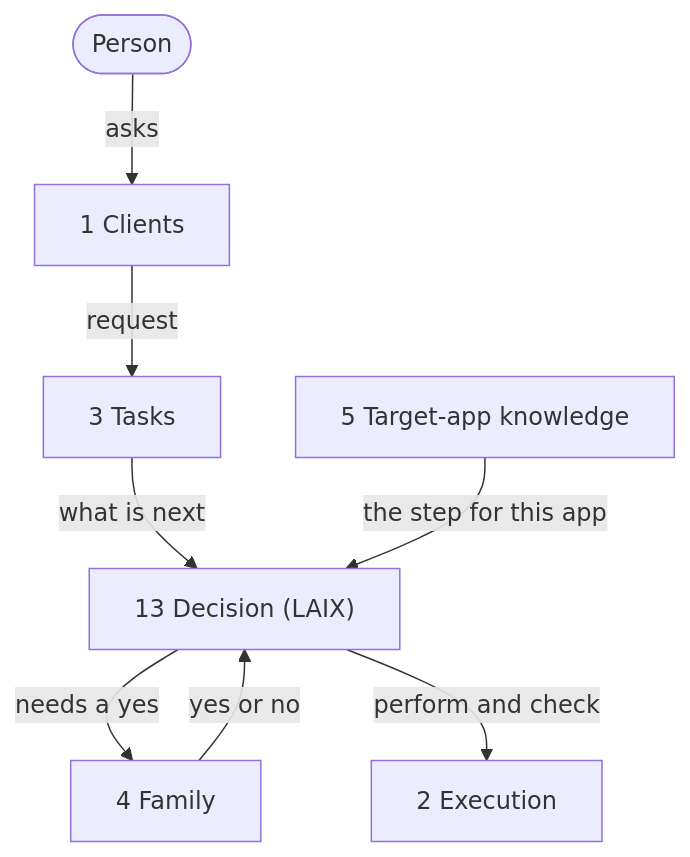
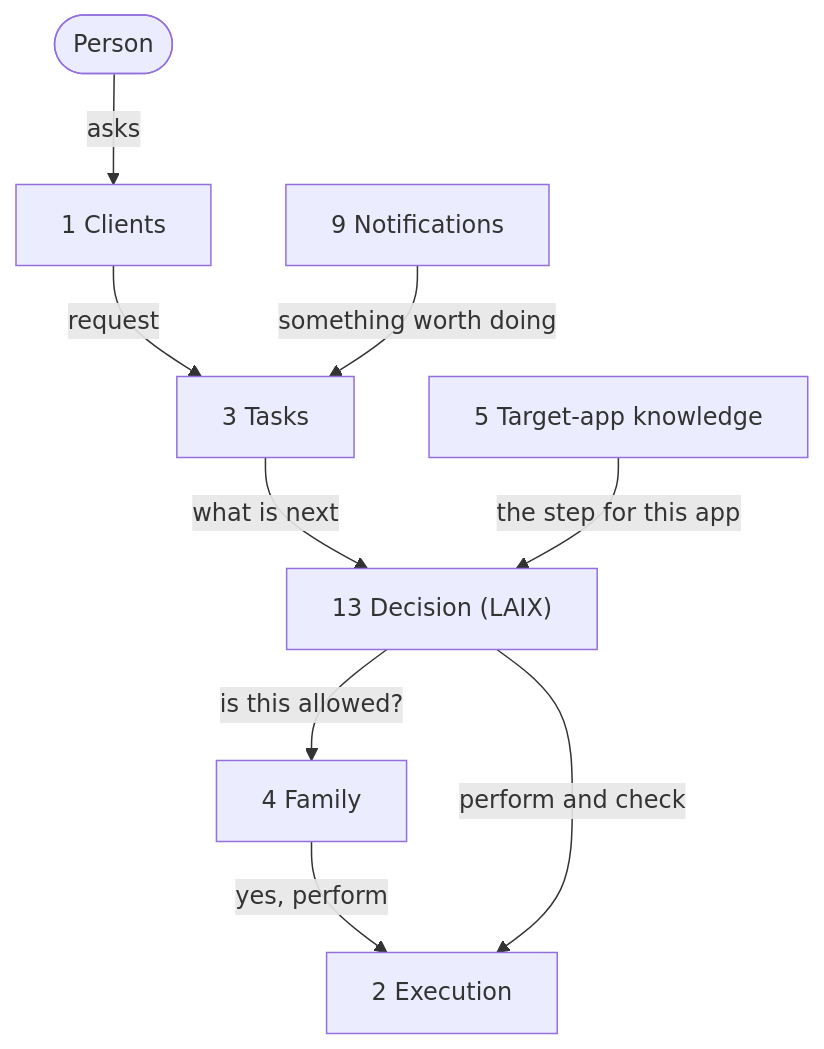
The first of 2 diagrams in docs/project/operations/teams.md (ChayaLevi/hopa), drawn with Mermaid before and after one commit. The commit also changed other lines of this file, not shown here.

First line of the commit message:
docs(teams): show target-app notifications in the request path

````diff
--- a/docs/project/operations/teams.md
+++ b/docs/project/operations/teams.md
@@ -74,18 +74,20 @@
 ```mermaid
 flowchart TB
     person(["Person"])
     clients["1 Clients"]
     tasks["3 Tasks"]
+    notes["9 Notifications"]
     decision["13 Decision (LAIX)"]
     family["4 Family"]
     knowledge["5 Target-app knowledge"]
     execution["2 Execution"]
 
     person -->|asks| clients
     clients -->|request| tasks
+    notes -->|something worth doing| tasks
     tasks -->|what is next| decision
     knowledge -->|the step for this app| decision
-    decision -->|needs a yes| family
-    family -->|yes or no| decision
+    decision -->|is this allowed?| family
+    family -->|yes, perform| execution
     decision -->|perform and check| execution
 ```
````
